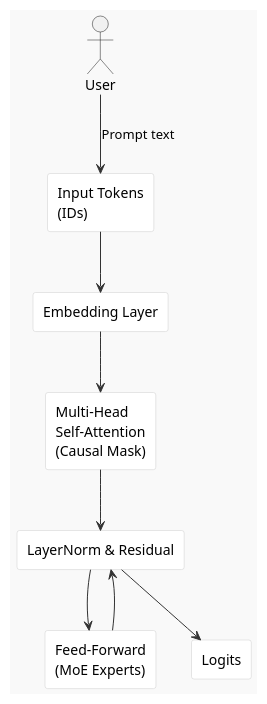
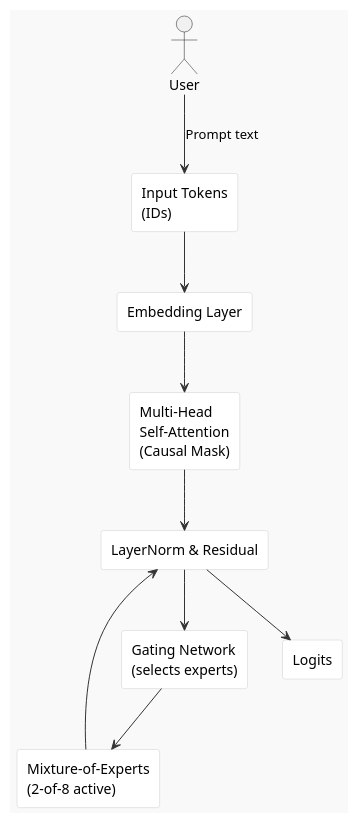
The first of 2 diagrams in aipa/llm-elevated/ch06-lecture-03.adoc (InquiryInstitute/AIPA), drawn with PlantUML before and after one commit. The commit also changed other lines of this file and 128 other files, not shown here.

```diff
--- a/aipa/llm-elevated/ch06-lecture-03.adoc
+++ b/aipa/llm-elevated/ch06-lecture-03.adoc
@@ -63,26 +89,28 @@
-[plantuml, format=svg, title="Simplified Transformer Block (Llama‑3)"]
+[plantuml, format=svg, title="Figure 1: MoE‑augmented Feed‑Forward Layer in Llama‑3"]
 ----
 @startuml
 skinparam backgroundColor #F9F9F9
 skinparam ArrowColor #333333
 skinparam rectangle {
   BackgroundColor #FFFFFF
   BorderColor #CCCCCC
 }
 actor User
 rectangle "Input Tokens\n(IDs)" as Input
 rectangle "Embedding Layer" as Emb
 rectangle "Multi‑Head\nSelf‑Attention\n(Causal Mask)" as MHA
-rectangle "Feed‑Forward\n(MoE Experts)" as FFN
+rectangle "Gating Network\n(selects experts)" as Gate
+rectangle "Mixture‑of‑Experts\n(2‑of‑8 active)" as MoE
 rectangle "LayerNorm & Residual" as LN
 rectangle "Logits" as Output
 
 User --> Input : Prompt text
 Input --> Emb
 Emb --> MHA
 MHA --> LN
-LN --> FFN
-FFN --> LN
+LN --> Gate
+Gate --> MoE
+MoE --> LN
 LN --> Output
 @enduml
 ----
```
